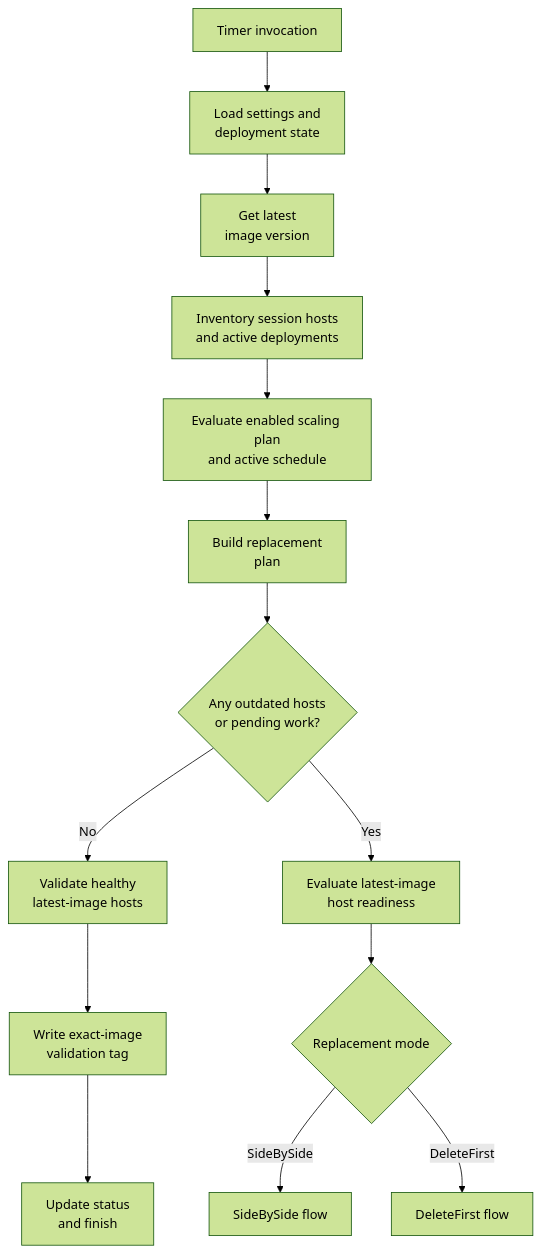
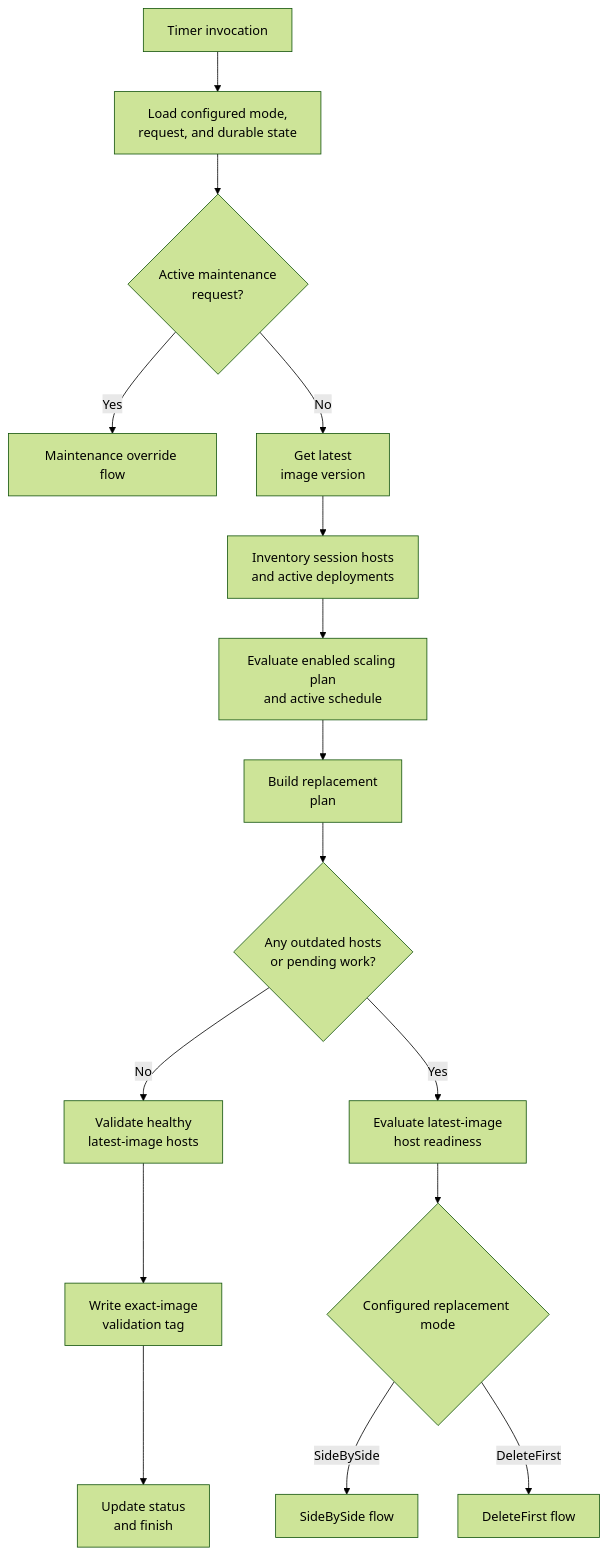
The first of 4 diagrams in deployments/add-ons/sessionHostReplacer/replacement-flow.md (Azure/FederalAVD), drawn with Mermaid (forest theme) before and after one commit. The commit also changed other lines of this file and 29 other files, not shown here.

````diff
--- a/deployments/add-ons/sessionHostReplacer/replacement-flow.md
+++ b/deployments/add-ons/sessionHostReplacer/replacement-flow.md
@@ -15,16 +16,18 @@
 ```mermaid
 flowchart TD
-    A[Timer invocation] --> B["Load settings and<br/>deployment state"]
-    B --> C["Get latest<br/>image version"]
+    A[Timer invocation] --> B["Load configured mode,<br/>request, and durable state"]
+    B --> R{"Active maintenance<br/>request?"}
+    R -- Yes --> MW[Maintenance override flow]
+    R -- No --> C["Get latest<br/>image version"]
     C --> D["Inventory session hosts<br/>and active deployments"]
     D --> E["Evaluate enabled scaling plan<br/>and active schedule"]
     E --> F["Build replacement<br/>plan"]
     F --> G{"Any outdated hosts<br/>or pending work?"}
     G -- No --> H["Validate healthy<br/>latest-image hosts"]
     H --> I["Write exact-image<br/>validation tag"]
     I --> J["Update status<br/>and finish"]
     G -- Yes --> K["Evaluate latest-image<br/>host readiness"]
-    K --> L{Replacement mode}
+    K --> L{Configured replacement mode}
     L -- SideBySide --> SBS[SideBySide flow]
     L -- DeleteFirst --> DF[DeleteFirst flow]
 ```
````
